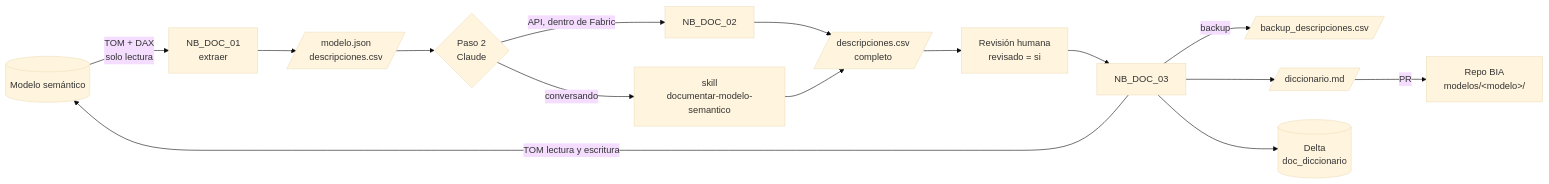
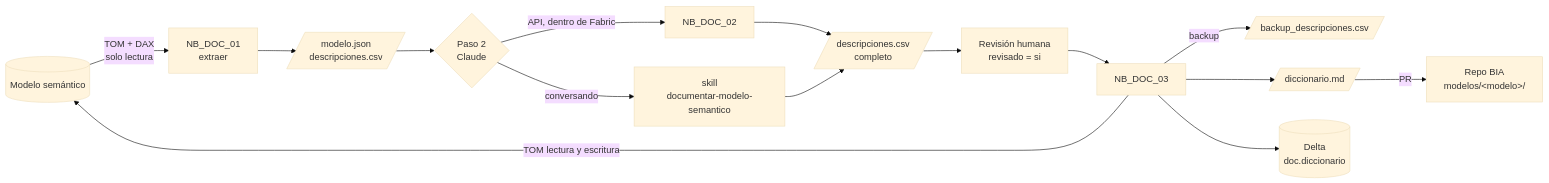
The diagram in Documentar_Modelo_Semantico/README.md (estebanotero/BIA), drawn with Mermaid (base theme) before and after one commit. The commit also changed other lines of this file and 24 other files, not shown here.

````diff
--- a/Documentar_Modelo_Semantico/README.md
+++ b/Documentar_Modelo_Semantico/README.md
@@ -18,17 +18,17 @@
 ```mermaid
 flowchart LR
     SM[(Modelo semántico)] -->|TOM + DAX<br/>solo lectura| N1[NB_DOC_01<br/>extraer]
     N1 --> J[/modelo.json<br/>descripciones.csv/]
     J --> C{Paso 2<br/>Claude}
     C -->|API, dentro de Fabric| N2[NB_DOC_02]
     C -->|conversando| SK[skill<br/>documentar-modelo-semantico]
     N2 --> R[/descripciones.csv<br/>completo/]
     SK --> R
     R --> H[Revisión humana<br/>revisado = si]
     H --> N3[NB_DOC_03]
     N3 -->|backup| B[/backup_descripciones.csv/]
     N3 -->|TOM lectura y escritura| SM
     N3 --> MD[/diccionario.md/]
-    N3 --> D[(Delta<br/>doc_diccionario)]
+    N3 --> D[(Delta<br/>doc.diccionario)]
     MD -->|PR| GIT[Repo BIA<br/>modelos/&lt;modelo&gt;/]
 ```
````
